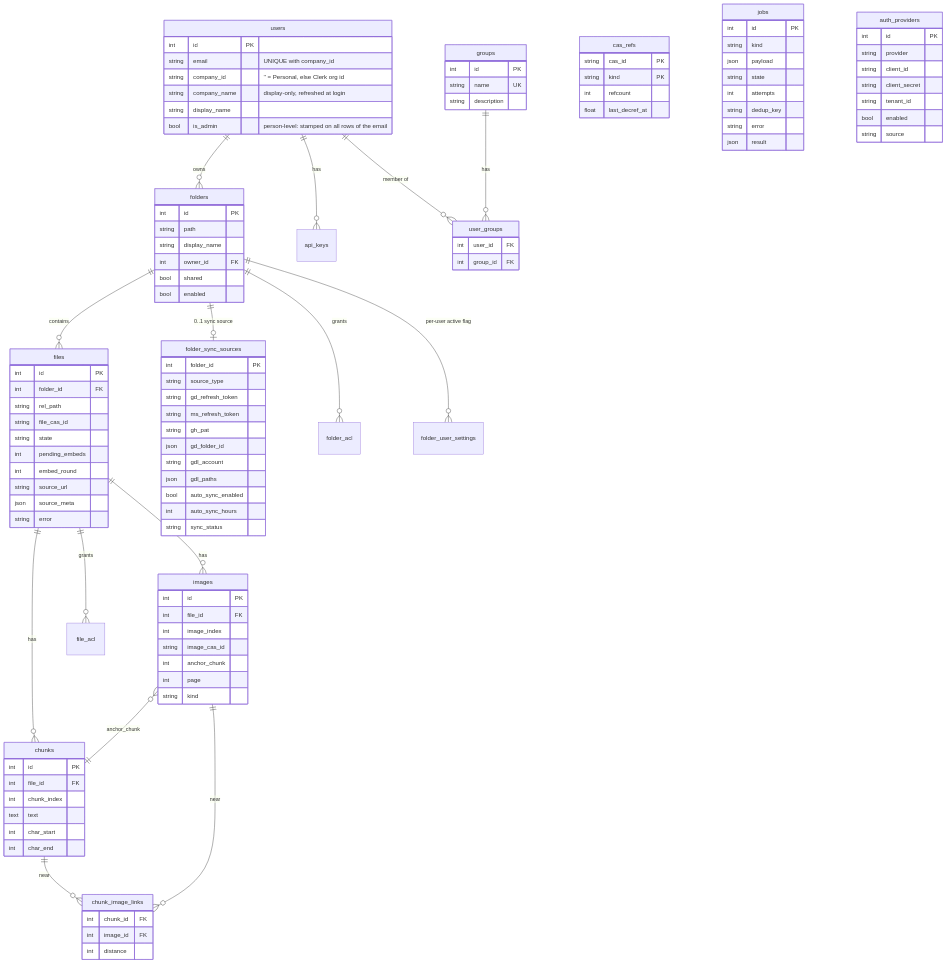
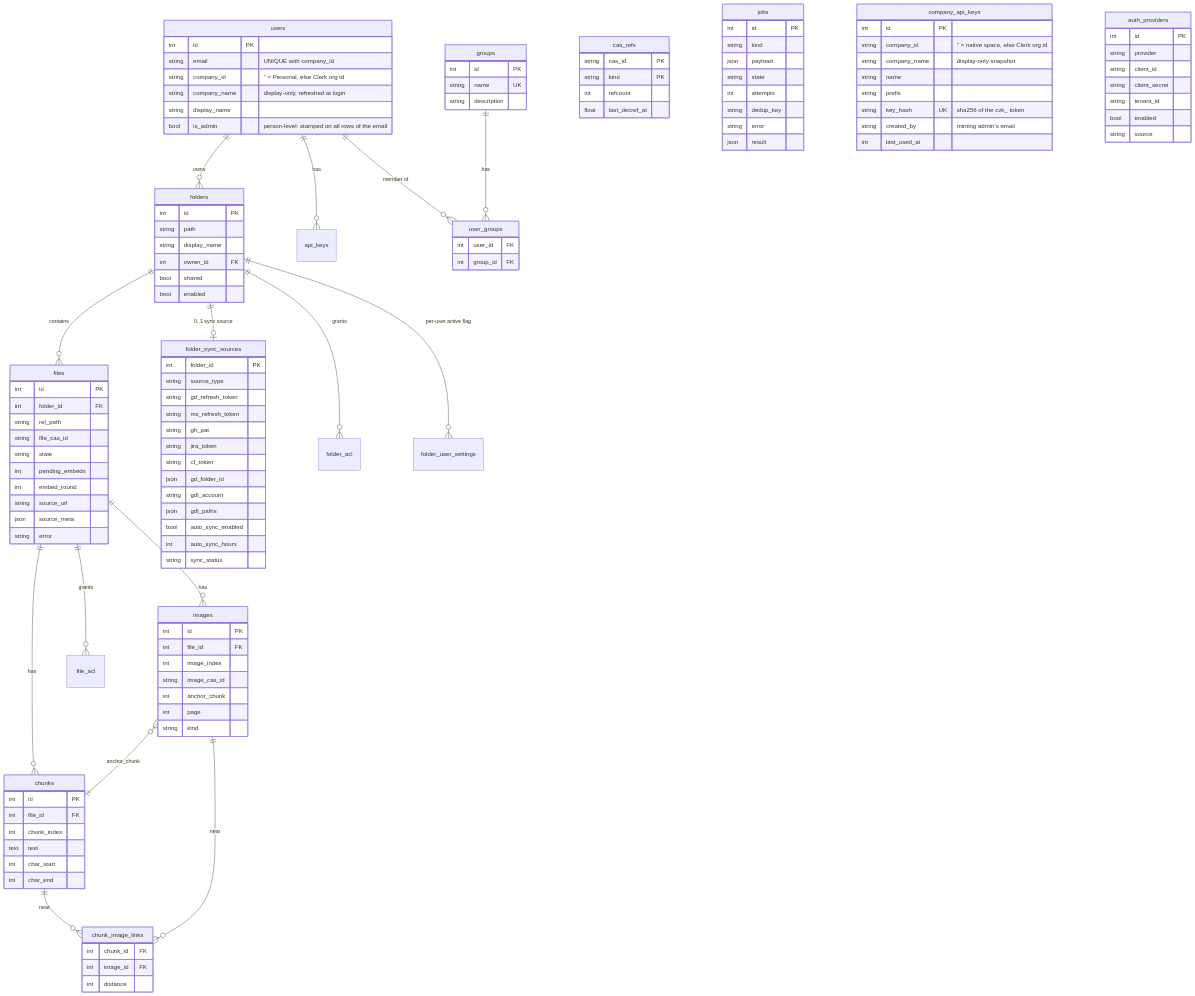
One commit to voitta-ai/voitta-rag-enterprise changed diagram 19 of 21 in docs/OPERATIONS.md. Above: the diagram before and after it, drawn with Mermaid. The commit also changed other lines of this file and 12 other files, not shown here.

```diff
--- a/docs/OPERATIONS.md
+++ b/docs/OPERATIONS.md
@@ -1209,6 +1268,16 @@
         string error
         json result
     }
+    company_api_keys {
+        int id PK
+        string company_id "'' = native space, else Clerk org id"
+        string company_name "display-only snapshot"
+        string name
+        string prefix
+        string key_hash UK "sha256 of the cvk_ token"
+        string created_by "minting admin's email"
+        int last_used_at
+    }
     auth_providers {
         int id PK
         string provider
@@ -1224,6 +1293,8 @@
         string gd_refresh_token
         string ms_refresh_token
         string gh_pat
+        string jira_token
+        string cf_token
         json gd_folder_id
         string gdl_account
         json gdl_paths
```
